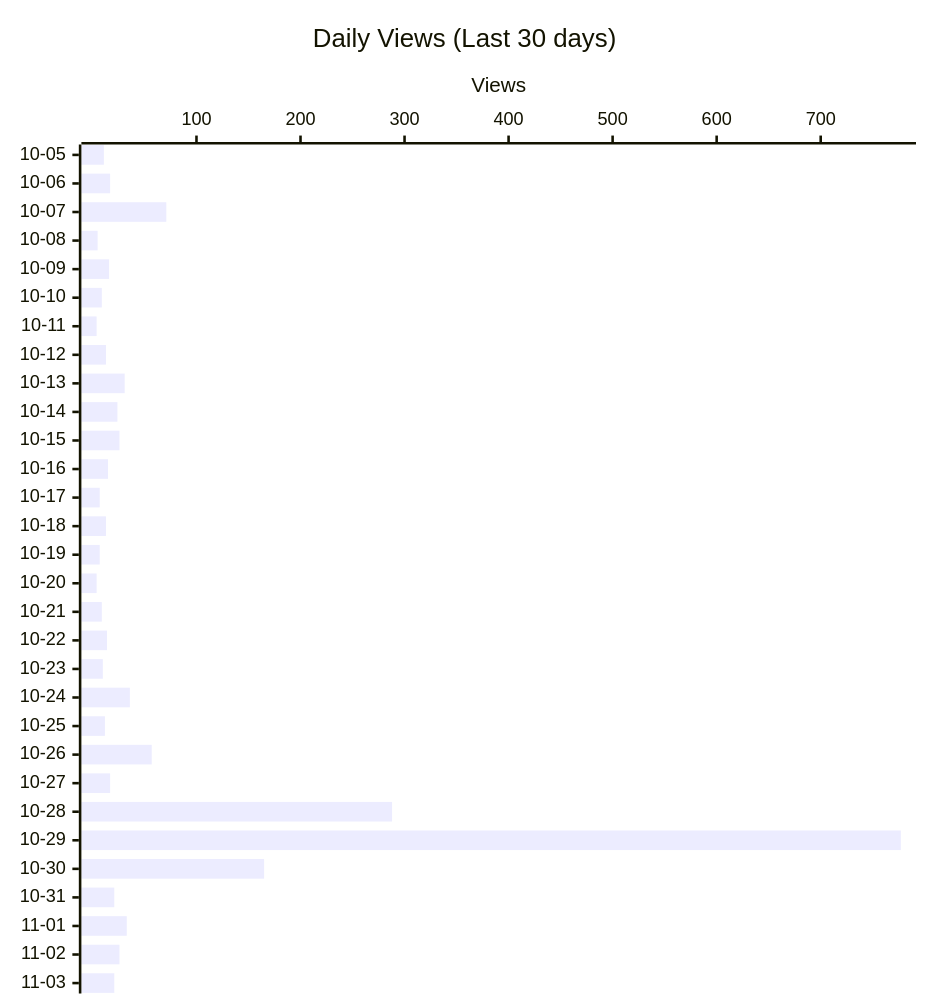
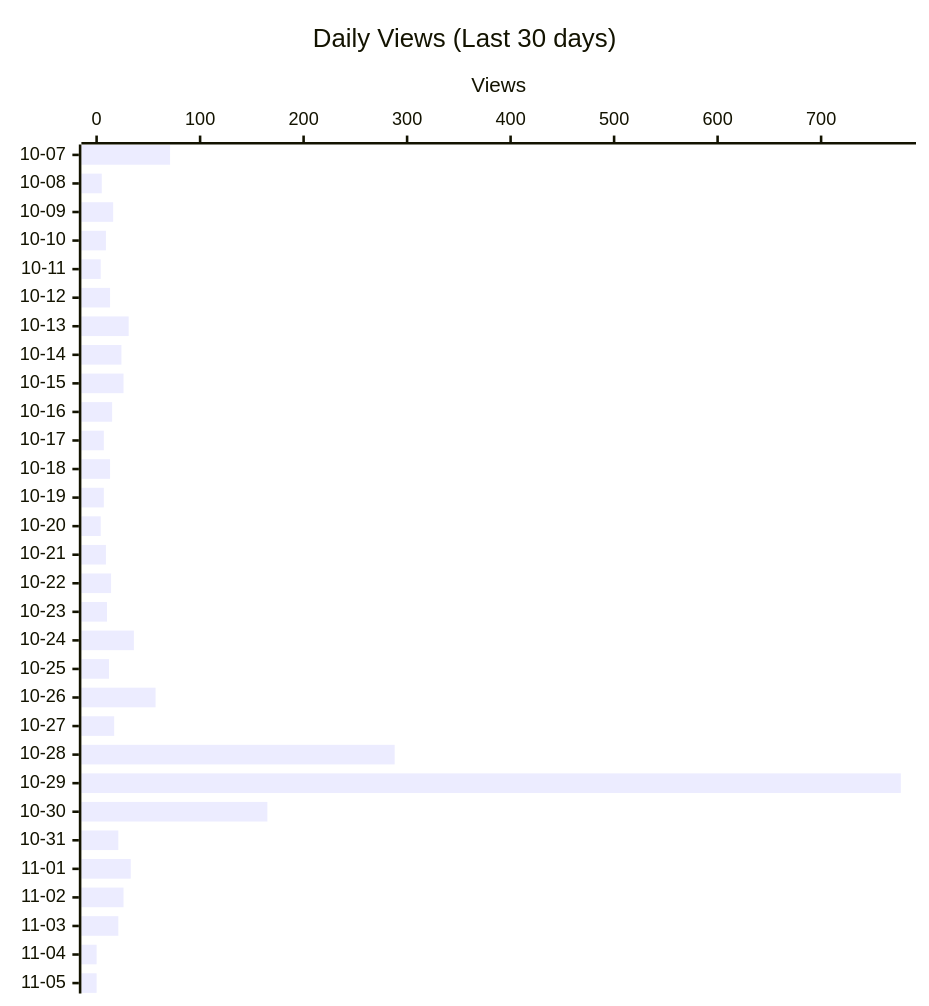
One commit to shigechika/github-insights changed the second of 4 diagrams in README.md. Above: the diagram before and after it, drawn with Mermaid. The commit also changed other lines of this file and 1 other file, not shown here.

````diff
--- a/README.md
+++ b/README.md
@@ -28,12 +28,12 @@
 ```mermaid
 ---
 config:
   xyChart:
     height: 760
 ---
 xychart-beta horizontal
     title "Daily Views (Last 30 days)"
-    x-axis ["10-05", "10-06", "10-07", "10-08", "10-09", "10-10", "10-11", "10-12", "10-13", "10-14", "10-15", "10-16", "10-17", "10-18", "10-19", "10-20", "10-21", "10-22", "10-23", "10-24", "10-25", "10-26", "10-27", "10-28", "10-29", "10-30", "10-31", "11-01", "11-02", "11-03"]
+    x-axis ["10-07", "10-08", "10-09", "10-10", "10-11", "10-12", "10-13", "10-14", "10-15", "10-16", "10-17", "10-18", "10-19", "10-20", "10-21", "10-22", "10-23", "10-24", "10-25", "10-26", "10-27", "10-28", "10-29", "10-30", "10-31", "11-01", "11-02", "11-03", "11-04", "11-05"]
     y-axis "Views"
-    bar [11, 17, 71, 5, 16, 9, 4, 13, 31, 24, 26, 15, 7, 13, 7, 4, 9, 14, 10, 36, 12, 57, 17, 288, 777, 165, 21, 33, 26, 21]
+    bar [71, 5, 16, 9, 4, 13, 31, 24, 26, 15, 7, 13, 7, 4, 9, 14, 10, 36, 12, 57, 17, 288, 777, 165, 21, 33, 26, 21, 0, 0]
 ```
````
